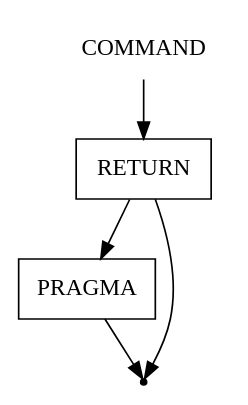
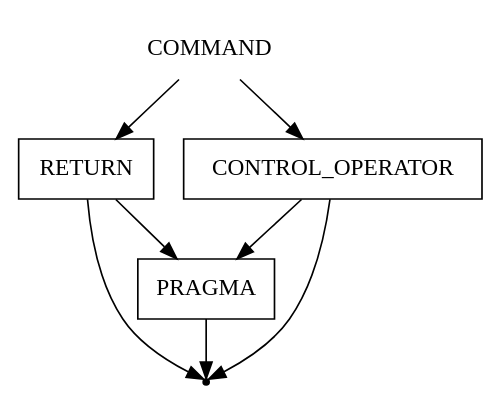
Before and after one commit to ayu-f/DSL_Pseudocode: the diagram in pseudocode/command.gv, drawn with Graphviz. The commit also changed 4 other files, not shown here.

```diff
--- a/pseudocode/command.gv
+++ b/pseudocode/command.gv
@@ -1,10 +1,14 @@
 digraph COMMAND {
     start [label=COMMAND shape=plaintext]
     return [label=RETURN shape=box]
+    control_operator [label=CONTROL_OPERATOR shape=box]
     pragma [label=PRAGMA shape=box]
     end [label="" shape=point]
     start -> return
+    start -> control_operator
     return -> pragma
+    control_operator -> pragma
+    control_operator -> end
     return -> end
     pragma -> end
 }
```
